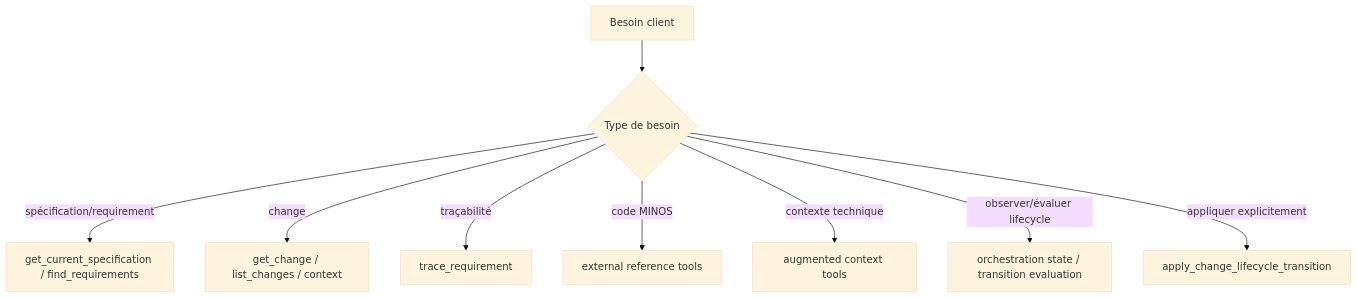
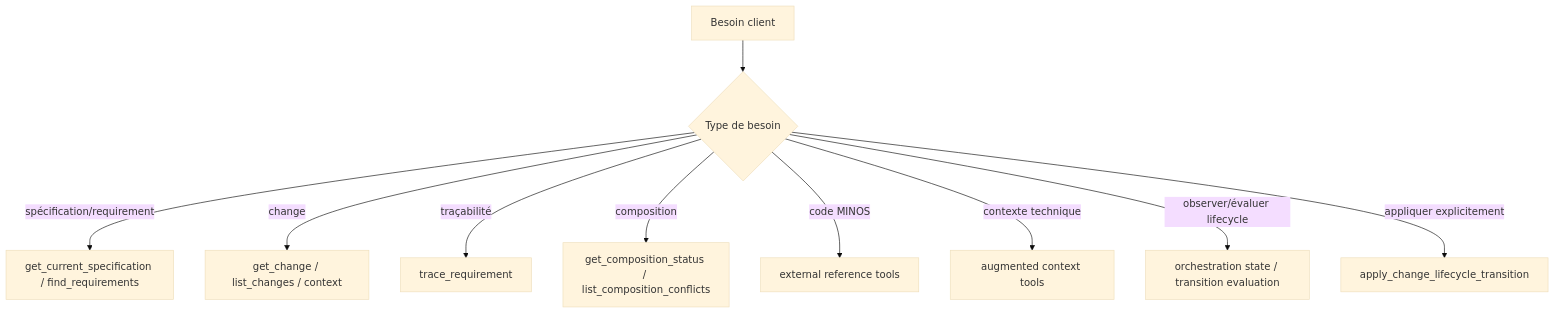
The third of 4 diagrams in docs/developer/MCP.md (FTurleque/morpheus-engine), drawn with Mermaid (base theme) before and after one commit. The commit also changed other lines of this file, not shown here.

````diff
--- a/docs/developer/MCP.md
+++ b/docs/developer/MCP.md
@@ -204,11 +237,12 @@
 ```mermaid
 flowchart TD
     Q[Besoin client] --> T{Type de besoin}
     T -->|spécification/requirement| S[get_current_specification / find_requirements]
     T -->|change| C[get_change / list_changes / context]
     T -->|traçabilité| R[trace_requirement]
+    T -->|composition| P[get_composition_status / list_composition_conflicts]
     T -->|code MINOS| M[external reference tools]
     T -->|contexte technique| N[augmented context tools]
     T -->|observer/évaluer lifecycle| O[orchestration state / transition evaluation]
     T -->|appliquer explicitement| W[apply_change_lifecycle_transition]
 ```
````
